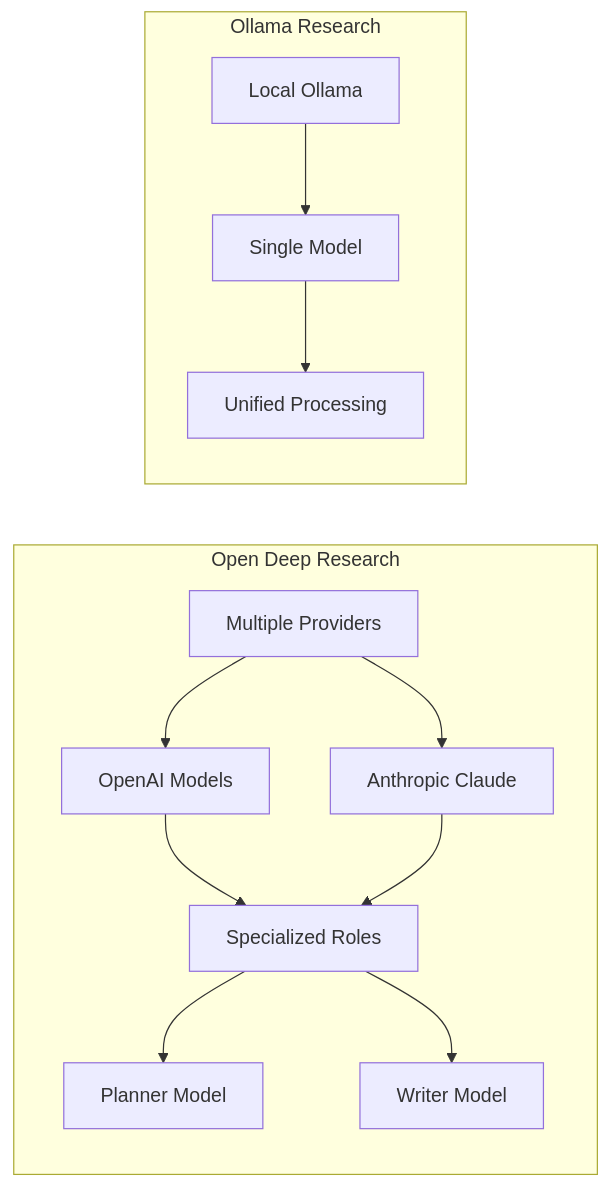
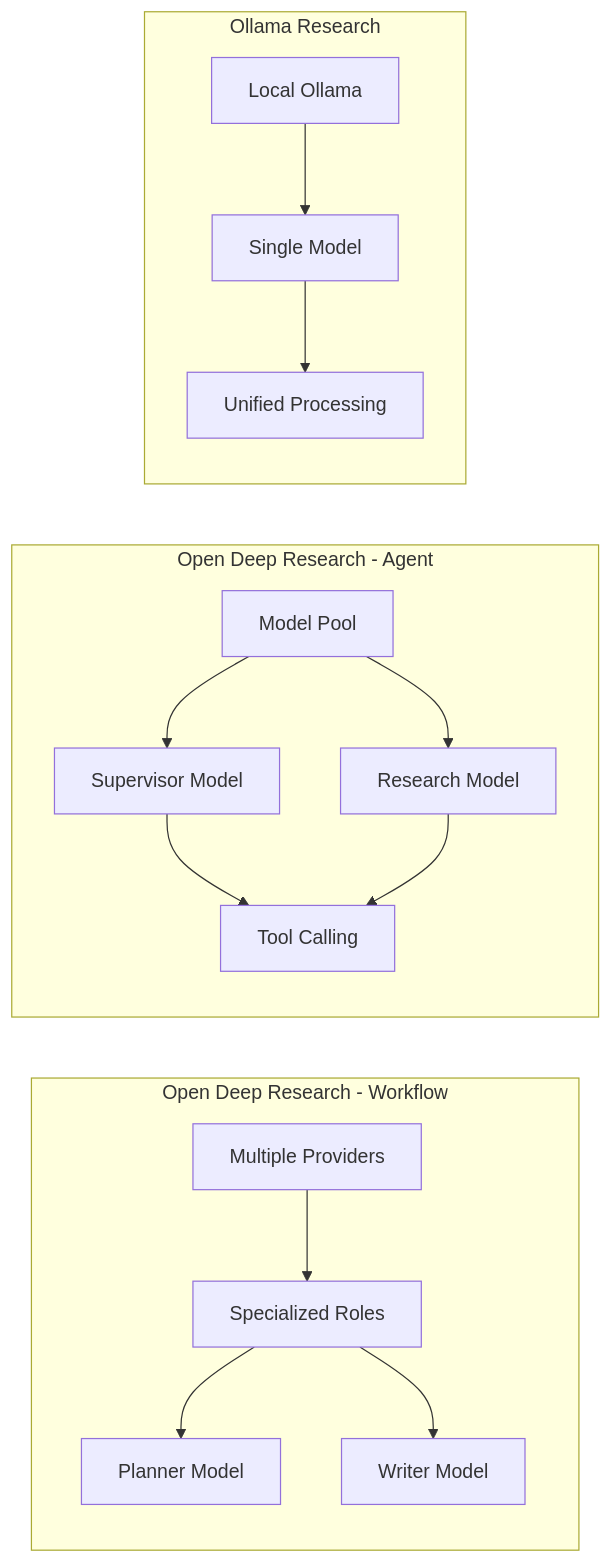
The fifth of 6 diagrams in langgraph_deep_research.md (donbr/langgraph-unleashed), drawn with Mermaid before and after one commit. The commit also changed other lines of this file and 3 other files, not shown here.

````diff
--- a/langgraph_deep_research.md
+++ b/langgraph_deep_research.md
@@ -182,16 +245,20 @@
 ```mermaid
 flowchart LR
-    subgraph "Open Deep Research"
-        A[Multiple Providers] --> B[OpenAI Models]
-        A --> C[Anthropic Claude]
-        B --> D[Specialized Roles]
-        C --> D
-        D --> E[Planner Model]
-        D --> F[Writer Model]
+    subgraph "Open Deep Research - Workflow"
+        A[Multiple Providers] --> B[Specialized Roles]
+        B --> C[Planner Model]
+        B --> D[Writer Model]
+    end
+    
+    subgraph "Open Deep Research - Agent"
+        E[Model Pool] --> F[Supervisor Model]
+        E --> G[Research Model]
+        F --> H[Tool Calling]
+        G --> H
     end
     
     subgraph "Ollama Research"
-        G[Local Ollama] --> H[Single Model]
-        H --> I[Unified Processing]
+        I[Local Ollama] --> J[Single Model]
+        J --> K[Unified Processing]
     end
 ```
````
